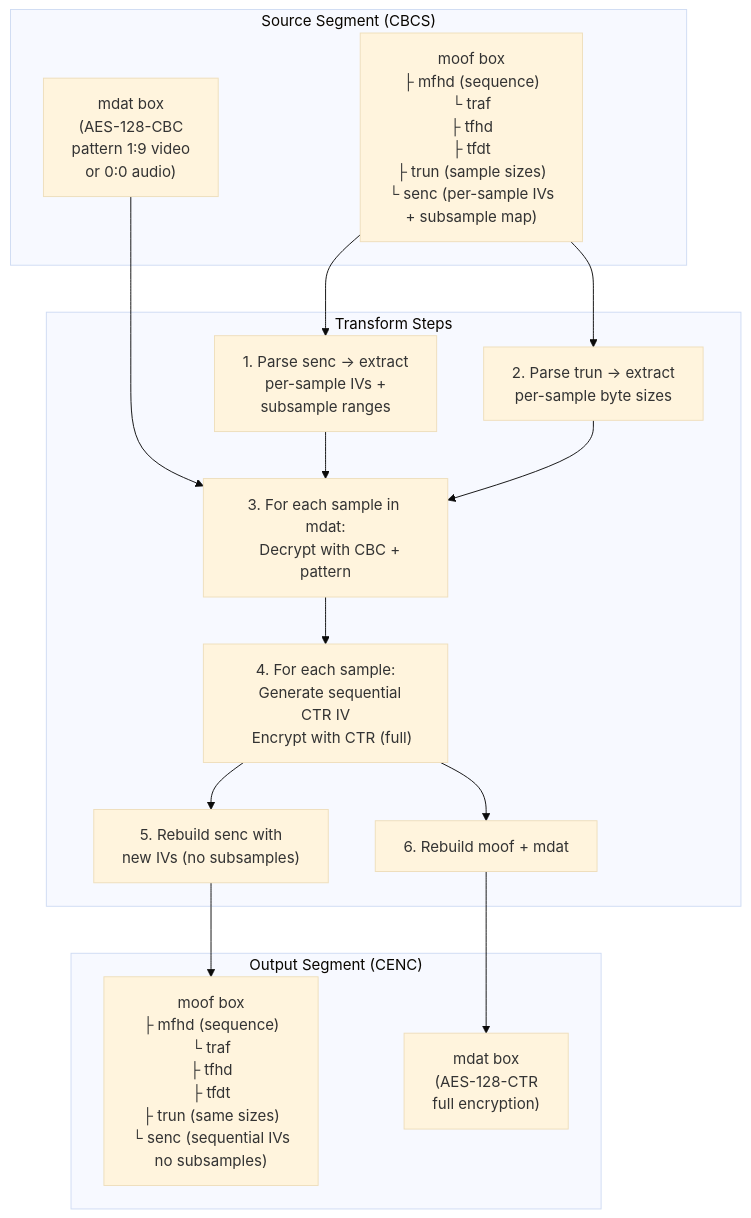
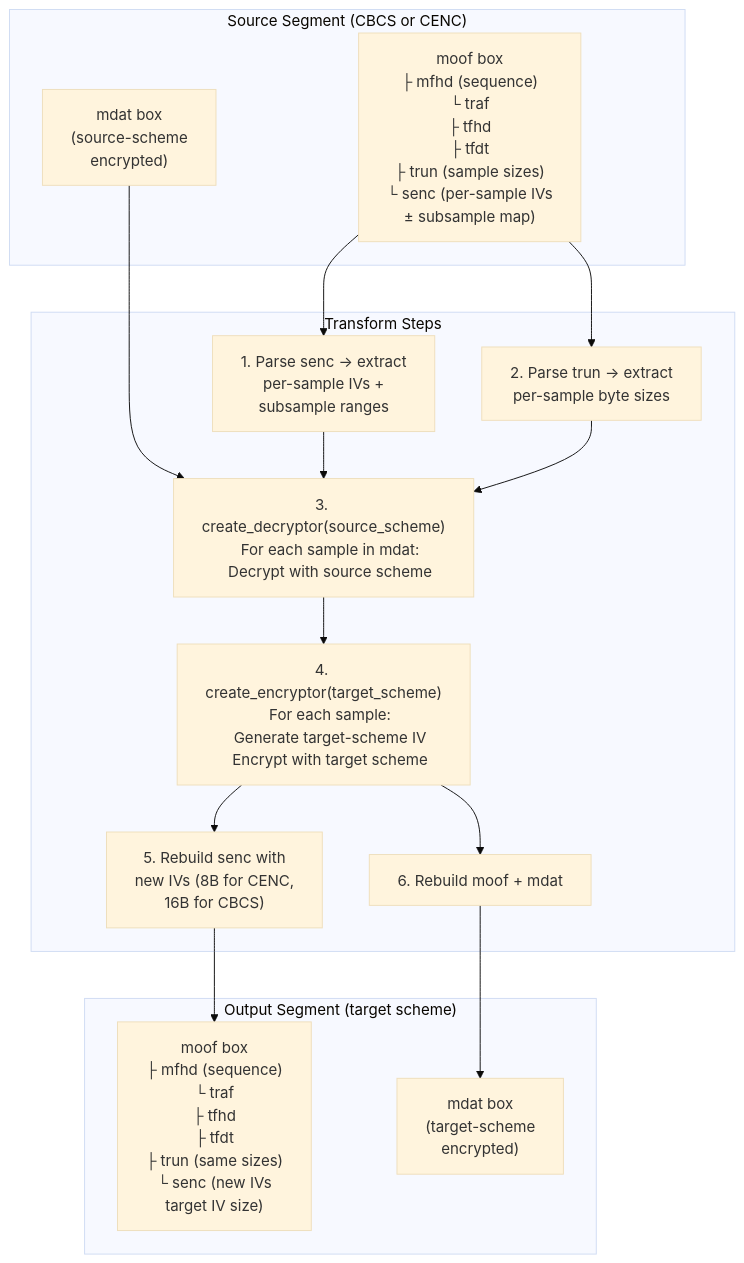
The ninth of 9 diagrams in docs/architecture.md (adrums86/edgepack), drawn with Mermaid (base theme) before and after one commit. The commit also changed other lines of this file and 22 other files, not shown here.

````diff
--- a/docs/architecture.md
+++ b/docs/architecture.md
@@ -367,32 +367,32 @@
 ```mermaid
 flowchart TD
-    subgraph SourceSegment["Source Segment (CBCS)"]
-        MOOF1["moof box<br/>├ mfhd (sequence)<br/>└ traf<br/>   ├ tfhd<br/>   ├ tfdt<br/>   ├ trun (sample sizes)<br/>   └ senc (per-sample IVs<br/>      + subsample map)"]
-        MDAT1["mdat box<br/>(AES-128-CBC<br/>pattern 1:9 video<br/>or 0:0 audio)"]
+    subgraph SourceSegment["Source Segment (CBCS or CENC)"]
+        MOOF1["moof box<br/>├ mfhd (sequence)<br/>└ traf<br/>   ├ tfhd<br/>   ├ tfdt<br/>   ├ trun (sample sizes)<br/>   └ senc (per-sample IVs<br/>      ± subsample map)"]
+        MDAT1["mdat box<br/>(source-scheme<br/>encrypted)"]
     end
 
     subgraph Transform["Transform Steps"]
         S1["1. Parse senc → extract<br/>per-sample IVs +<br/>subsample ranges"]
         S2["2. Parse trun → extract<br/>per-sample byte sizes"]
-        S3["3. For each sample in mdat:<br/>   Decrypt with CBC + pattern"]
-        S4["4. For each sample:<br/>   Generate sequential CTR IV<br/>   Encrypt with CTR (full)"]
-        S5["5. Rebuild senc with<br/>new IVs (no subsamples)"]
+        S3["3. create_decryptor(source_scheme)<br/>   For each sample in mdat:<br/>   Decrypt with source scheme"]
+        S4["4. create_encryptor(target_scheme)<br/>   For each sample:<br/>   Generate target-scheme IV<br/>   Encrypt with target scheme"]
+        S5["5. Rebuild senc with<br/>new IVs (8B for CENC,<br/>16B for CBCS)"]
         S6["6. Rebuild moof + mdat"]
     end
 
-    subgraph OutputSegment["Output Segment (CENC)"]
-        MOOF2["moof box<br/>├ mfhd (sequence)<br/>└ traf<br/>   ├ tfhd<br/>   ├ tfdt<br/>   ├ trun (same sizes)<br/>   └ senc (sequential IVs<br/>      no subsamples)"]
-        MDAT2["mdat box<br/>(AES-128-CTR<br/>full encryption)"]
+    subgraph OutputSegment["Output Segment (target scheme)"]
+        MOOF2["moof box<br/>├ mfhd (sequence)<br/>└ traf<br/>   ├ tfhd<br/>   ├ tfdt<br/>   ├ trun (same sizes)<br/>   └ senc (new IVs<br/>      target IV size)"]
+        MDAT2["mdat box<br/>(target-scheme<br/>encrypted)"]
     end
 
     MOOF1 --> S1
     MOOF1 --> S2
     MDAT1 --> S3
     S1 --> S3
     S2 --> S3
     S3 --> S4
     S4 --> S5
     S4 --> S6
     S5 --> MOOF2
     S6 --> MDAT2
 ```
````
